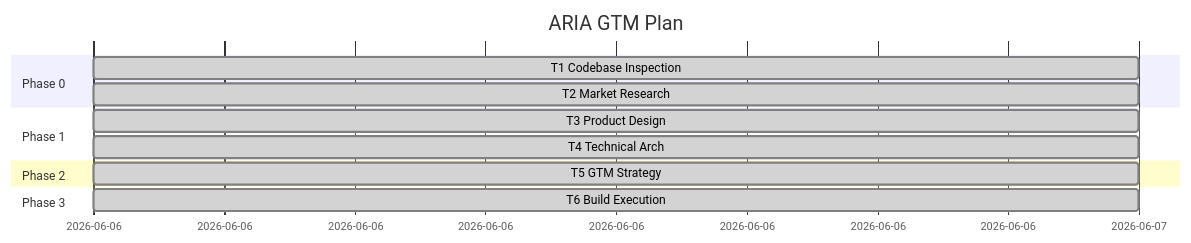
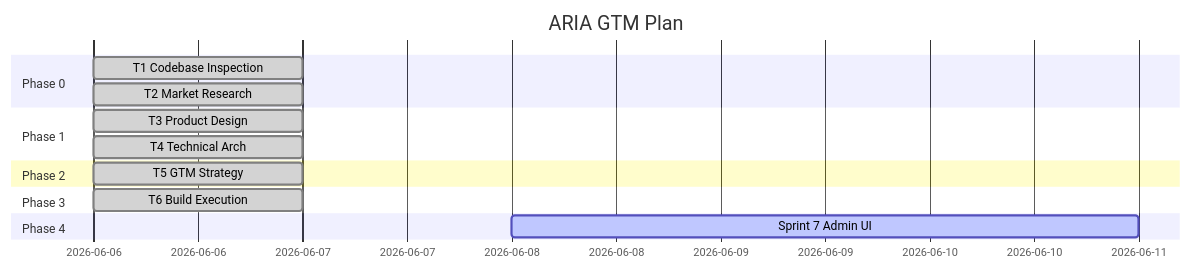
The diagram in docs/schedule.md (b2metric/aria), drawn with Mermaid before and after one commit. The commit also changed other lines of this file, not shown here.

Commit message:
docs: update schedule for Sprint 7

````diff
--- a/docs/schedule.md
+++ b/docs/schedule.md
@@ -3,15 +3,17 @@
 ```mermaid
 gantt
     title ARIA GTM Plan
     dateFormat YYYY-MM-DD
     section Phase 0
     T1 Codebase Inspection :done, 2026-06-06, 1d
     T2 Market Research     :done, 2026-06-06, 1d
     section Phase 1
     T3 Product Design      :done, 2026-06-06, 1d
     T4 Technical Arch      :done, 2026-06-06, 1d
     section Phase 2
     T5 GTM Strategy        :done, 2026-06-06, 1d
     section Phase 3
     T6 Build Execution     :done, 2026-06-06, 1d
+    section Phase 4
+    Sprint 7 Admin UI      :active, 2026-06-08, 3d
 ```
````
